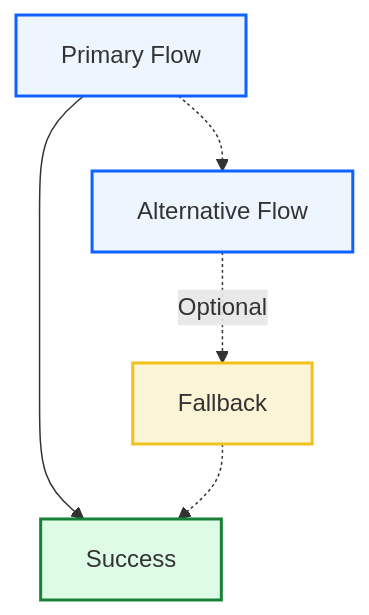
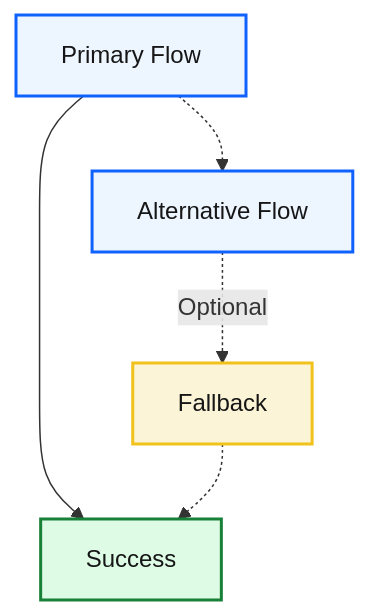
The ninth of 17 diagrams in examples/flowchart.md (zhiweio/mermaid-illustrate), drawn with Mermaid before and after one commit. The commit also changed other lines of this file and 22 other files, not shown here.

````diff
--- a/examples/flowchart.md
+++ b/examples/flowchart.md
@@ -218,15 +217,15 @@
 ```mermaid
 flowchart TD
     Primary[Primary Flow] --> Success[Success]
     Primary -.-> Alt[Alternative Flow]
     Alt -.->|Optional| Fallback[Fallback]
     Fallback -.-> Success
 
-    classDef bpProcess fill:#edf5ff,stroke:#0f62fe,stroke-width:2px
-    classDef bpSuccess fill:#defbe6,stroke:#198038,stroke-width:2px
-    classDef bpDecision fill:#fcf4d6,stroke:#f1c21b,stroke-width:2px
+    classDef bpProcess fill:#edf5ff,stroke:#0f62fe,stroke-width:2px,color:#161616
+    classDef bpSuccess fill:#defbe6,stroke:#198038,stroke-width:2px,color:#161616
+    classDef bpDecision fill:#fcf4d6,stroke:#f1c21b,stroke-width:2px,color:#161616
 
     class Primary,Alt bpProcess
     class Success bpSuccess
     class Fallback bpDecision
 ```
````
